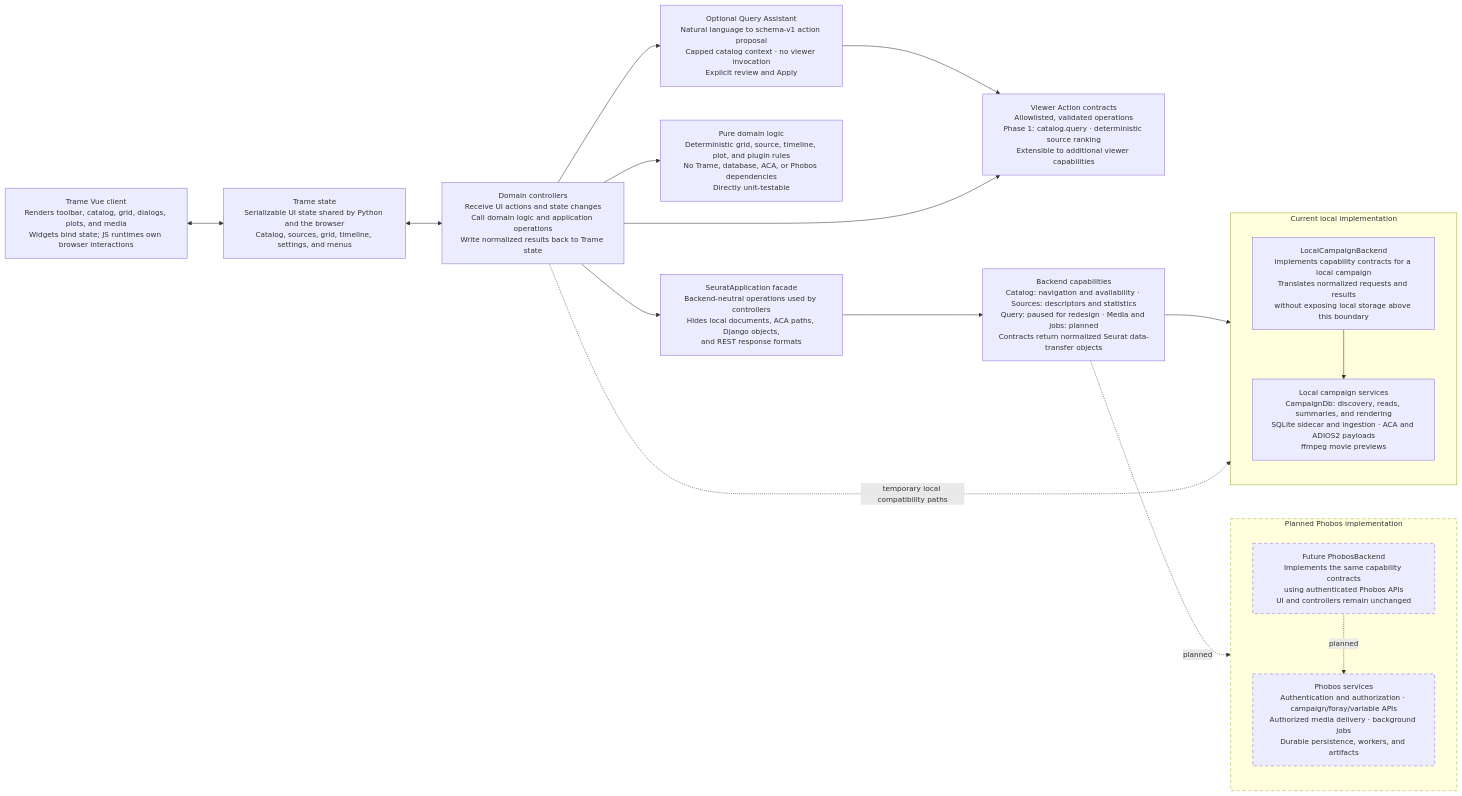
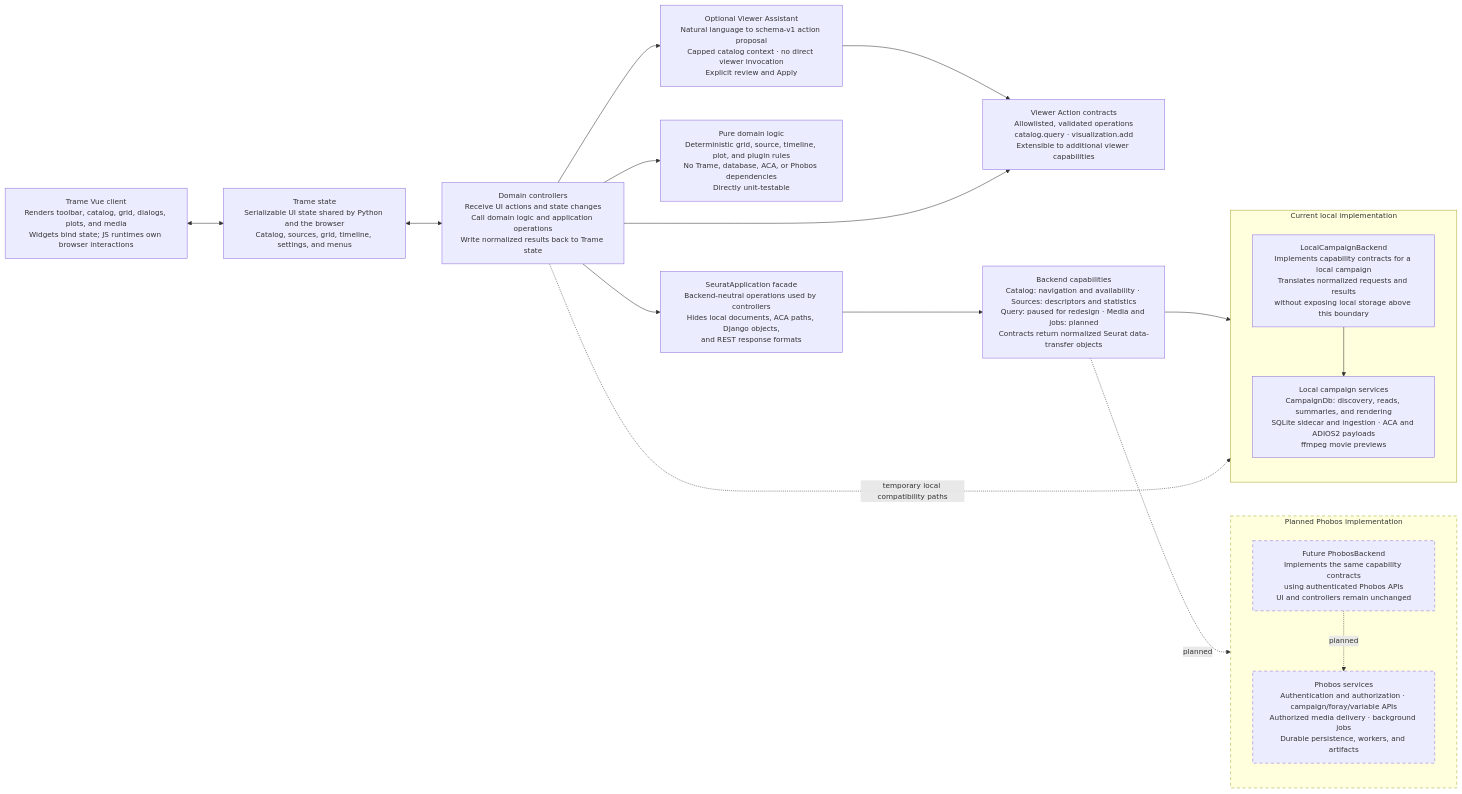
The diagram in ARCHITECTURE.md (dpugmire/seurat), drawn with Mermaid before and after one commit. The commit also changed other lines of this file and 30 other files, not shown here.

Commit message:
Add visualization assistant and tabbed workspaces

````diff
--- a/ARCHITECTURE.md
+++ b/ARCHITECTURE.md
@@ -7,42 +7,42 @@
 ```mermaid
 %%{init: {"flowchart": {"nodeSpacing": 65, "rankSpacing": 70, "curve": "basis", "wrappingWidth": 290}, "themeVariables": {"fontSize": "14px"}}}%%
 flowchart LR
   Client["Trame Vue client<br/>Renders toolbar, catalog, grid, dialogs, plots, and media<br/>Widgets bind state; JS runtimes own browser interactions"]
   State["Trame state<br/>Serializable UI state shared by Python and the browser<br/>Catalog, sources, grid, timeline, settings, and menus"]
   Controllers["Domain controllers<br/>Receive UI actions and state changes<br/>Call domain logic and application operations<br/>Write normalized results back to Trame state"]
-  QueryAssistant["Optional Query Assistant<br/>Natural language to schema-v1 action proposal<br/>Capped catalog context · no viewer invocation<br/>Explicit review and Apply"]
-  ViewerActions["Viewer Action contracts<br/>Allowlisted, validated operations<br/>Phase 1: catalog.query · deterministic source ranking<br/>Extensible to additional viewer capabilities"]
+  QueryAssistant["Optional Viewer Assistant<br/>Natural language to schema-v1 action proposal<br/>Capped catalog context · no direct viewer invocation<br/>Explicit review and Apply"]
+  ViewerActions["Viewer Action contracts<br/>Allowlisted, validated operations<br/>catalog.query · visualization.add<br/>Extensible to additional viewer capabilities"]
   Models["Pure domain logic<br/>Deterministic grid, source, timeline, plot, and plugin rules<br/>No Trame, database, ACA, or Phobos dependencies<br/>Directly unit-testable"]
   Facade["SeuratApplication facade<br/>Backend-neutral operations used by controllers<br/>Hides local documents, ACA paths, Django objects,<br/>and REST response formats"]
   Capabilities["Backend capabilities<br/>Catalog: navigation and availability · Sources: descriptors and statistics<br/>Query: paused for redesign · Media and jobs: planned<br/>Contracts return normalized Seurat data-transfer objects"]
 
   subgraph LOCAL_BRANCH["Current local implementation"]
     direction TB
     LocalBackend["LocalCampaignBackend<br/>Implements capability contracts for a local campaign<br/>Translates normalized requests and results<br/>without exposing local storage above this boundary"]
     LocalServices["Local campaign services<br/>CampaignDb: discovery, reads, summaries, and rendering<br/>SQLite sidecar and ingestion · ACA and ADIOS2 payloads<br/>ffmpeg movie previews"]
     LocalBackend --> LocalServices
   end
 
   subgraph PHOBOS_BRANCH["Planned Phobos implementation"]
     direction TB
     PhobosBackend["Future PhobosBackend<br/>Implements the same capability contracts<br/>using authenticated Phobos APIs<br/>UI and controllers remain unchanged"]
     PhobosServices["Phobos services<br/>Authentication and authorization · campaign/foray/variable APIs<br/>Authorized media delivery · background jobs<br/>Durable persistence, workers, and artifacts"]
     PhobosBackend -. planned .-> PhobosServices
   end
 
   Client <--> State
   State <--> Controllers
   Controllers --> QueryAssistant
   QueryAssistant --> ViewerActions
   Controllers --> ViewerActions
   Controllers --> Models
   Controllers --> Facade
   Facade --> Capabilities
   Capabilities --> LOCAL_BRANCH
   Capabilities -. planned .-> PHOBOS_BRANCH
   Controllers -. "temporary local compatibility paths" .-> LOCAL_BRANCH
 
   classDef planned stroke-dasharray: 6 5
   class PhobosBackend,PhobosServices planned
   style PHOBOS_BRANCH stroke-dasharray: 6 5
 ```
````
